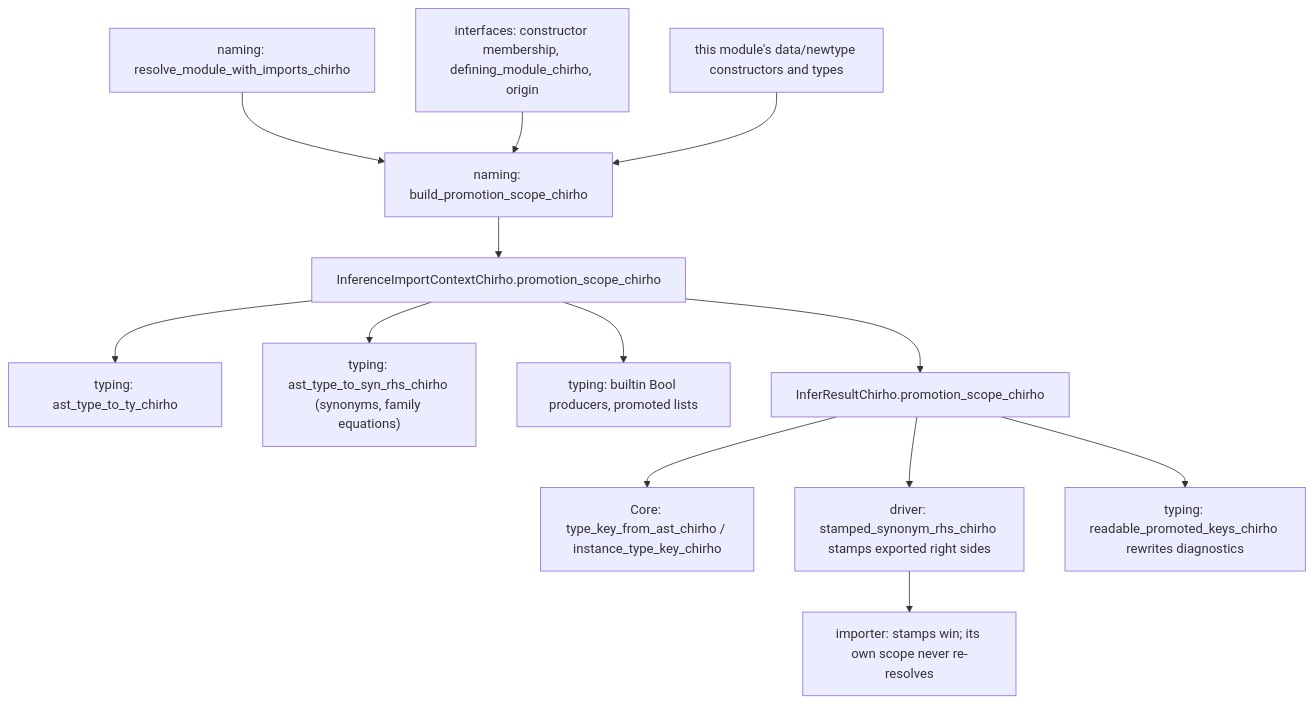
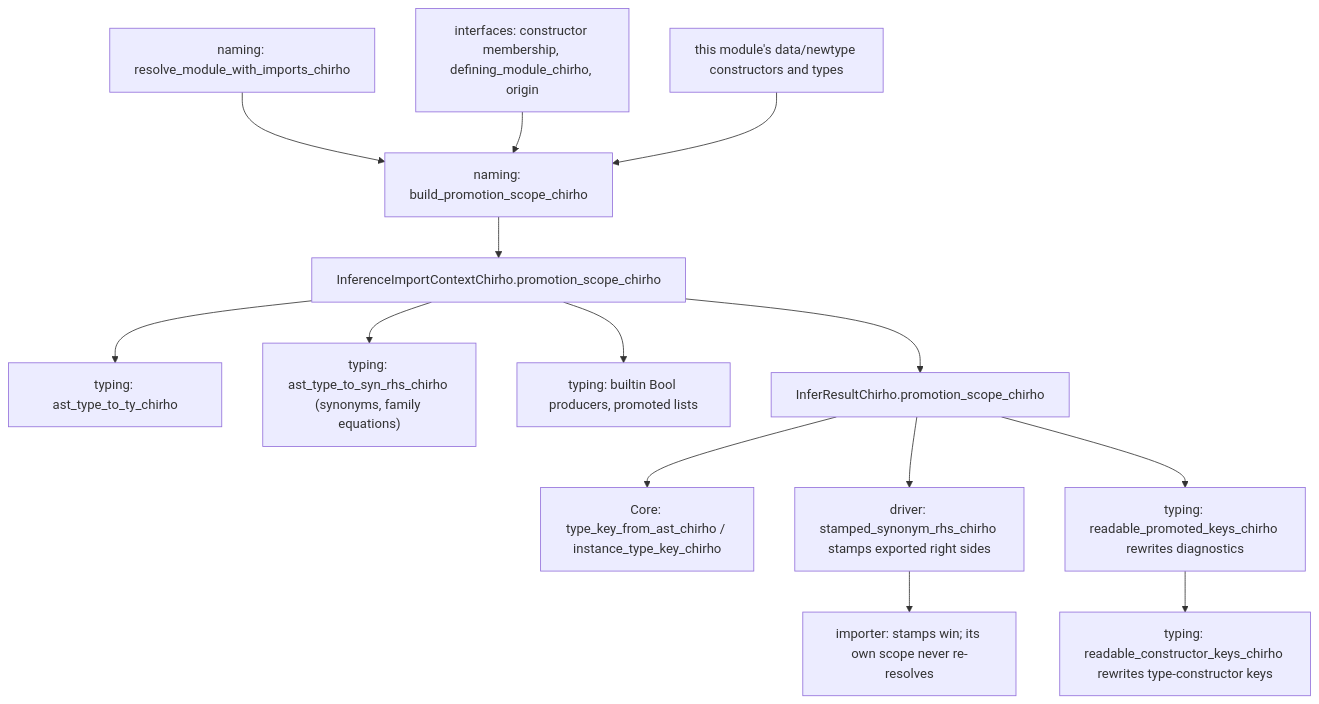
The diagram in spec-chirho/workflows-chirho/compiler-pipeline-chirho/promoted-constructor-identity-chirho.md (loveJesus/haskelujah-chirho), drawn with Mermaid before and after one commit. The commit also changed other lines of this file and 3 other files, not shown here.

````diff
--- a/spec-chirho/workflows-chirho/compiler-pipeline-chirho/promoted-constructor-identity-chirho.md
+++ b/spec-chirho/workflows-chirho/compiler-pipeline-chirho/promoted-constructor-identity-chirho.md
@@ -15,15 +15,16 @@
 ```mermaid
 flowchart TD
     resolve_chirho["naming: resolve_module_with_imports_chirho"] --> scope_chirho["naming: build_promotion_scope_chirho"]
     ifaces_chirho["interfaces: constructor membership, defining_module_chirho, origin"] --> scope_chirho
     locals_chirho["this module's data/newtype constructors and types"] --> scope_chirho
     scope_chirho --> context_chirho["InferenceImportContextChirho.promotion_scope_chirho"]
     context_chirho --> use_sites_chirho["typing: ast_type_to_ty_chirho"]
     context_chirho --> synonyms_chirho["typing: ast_type_to_syn_rhs_chirho (synonyms, family equations)"]
     context_chirho --> builtins_chirho["typing: builtin Bool producers, promoted lists"]
     context_chirho --> result_chirho["InferResultChirho.promotion_scope_chirho"]
     result_chirho --> core_chirho["Core: type_key_from_ast_chirho / instance_type_key_chirho"]
     result_chirho --> export_chirho["driver: stamped_synonym_rhs_chirho stamps exported right sides"]
     export_chirho --> importer_chirho["importer: stamps win; its own scope never re-resolves"]
     result_chirho --> readable_chirho["typing: readable_promoted_keys_chirho rewrites diagnostics"]
+    readable_chirho --> readable_constructors_chirho["typing: readable_constructor_keys_chirho rewrites type-constructor keys"]
 ```
````
